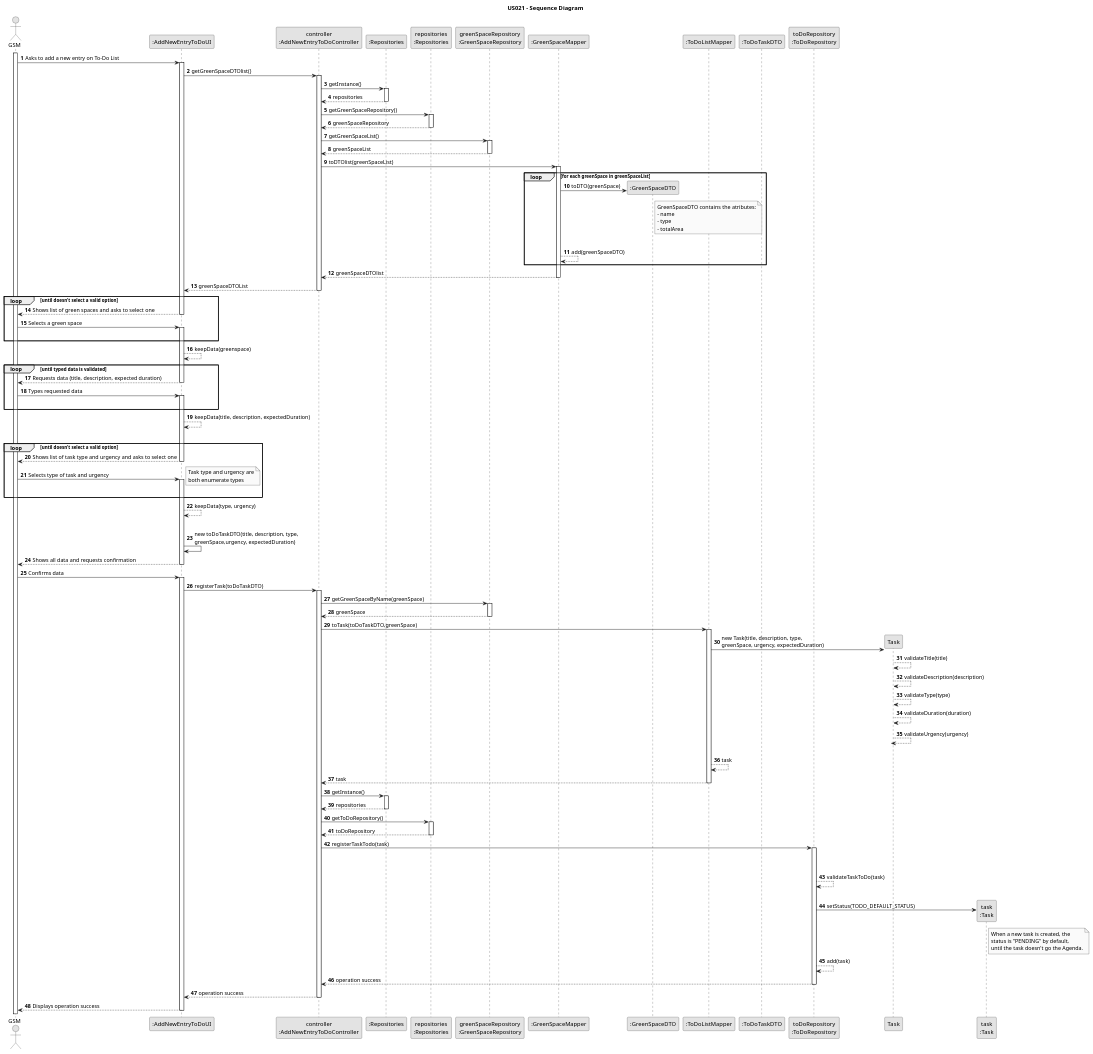
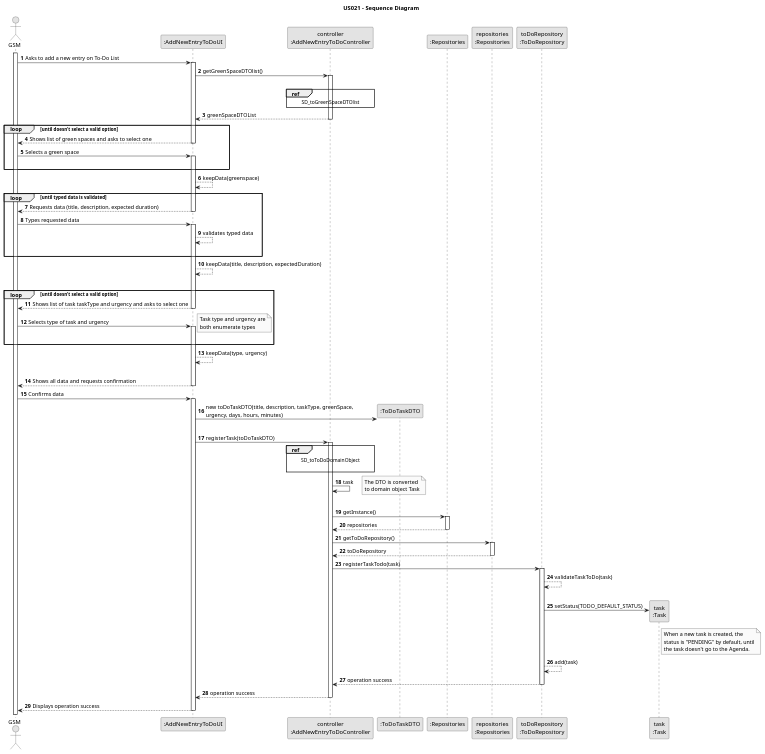
Before and after one commit to Rui-San/LAPR2_2023_2024: the diagram in docs/sprintC/us021/03.design/puml/us021-sequence-diagram.puml, drawn with PlantUML. The commit also changed 5 other files, not shown here.

Commit message:
US21: Updated SD with new interactions needed. Created 2 Additional SDs to represent the DTO -> Object and Object -> DTO interactions

```diff
--- a/docs/sprintC/us021/03.design/puml/us021-sequence-diagram.puml
+++ b/docs/sprintC/us021/03.design/puml/us021-sequence-diagram.puml
@@ -10,15 +10,10 @@
 actor "GSM" as GSM
 participant ":AddNewEntryToDoUI" as UI
 participant "controller\n:AddNewEntryToDoController" as CTRL
+participant ":ToDoTaskDTO" as ToDoTaskDTO
 participant ":Repositories" as REPO
 participant "repositories\n:Repositories" as REPOInstance
-participant "greenSpaceRepository\n:GreenSpaceRepository" as GreenSpaceREPO
-participant ":GreenSpaceMapper" as GreenSpaceMapper
-participant ":GreenSpaceDTO" as GreenSpaceDTO
-participant ":ToDoListMapper" as ToDoListMapper
-participant ":ToDoTaskDTO" as ToDoTaskDTO
 participant "toDoRepository\n:ToDoRepository" as Todo
-participant "Task" as Task
 participant "task\n:Task" as TaskSet
 
 
@@ -30,55 +25,10 @@
 
     UI -> CTRL : getGreenSpaceDTOlist()
     activate CTRL
-
-        CTRL -> REPO : getInstance()
-        activate REPO
-
-            REPO --> CTRL : repositories
-        deactivate REPO
-        CTRL -> REPOInstance: getGreenSpaceRepository()
-
-        activate REPOInstance
-
-            REPOInstance --> CTRL : greenSpaceRepository
-        deactivate REPOInstance
-
-        CTRL -> GreenSpaceREPO : getGreenSpaceList()
-        activate GreenSpaceREPO
-
-        GreenSpaceREPO --> CTRL : greenSpaceList
-
-        deactivate GreenSpaceREPO
-
-        CTRL -> GreenSpaceMapper : toDTOlist(greenSpaceList)
-
-        activate GreenSpaceMapper
-loop for each greenSpace in greenSpaceList
-            GreenSpaceMapper -> GreenSpaceDTO** : toDTO(greenSpace)
-
-            note right of GreenSpaceDTO
-                                GreenSpaceDTO contains the atributes:
-                                - name
-                                - type
-                                - totalArea
-                            end note
-                            |||
-            GreenSpaceMapper --> GreenSpaceMapper : add(greenSpaceDTO)
-
-end loop
-            GreenSpaceMapper --> CTRL : greenSpaceDTOlist
-
-
-
-        deactivate GreenSpaceMapper
-
-
-
-
-
-
-
-
+|||
+        ref over CTRL
+        SD_toGreenSpaceDTOlist
+        end ref
 
 CTRL --> UI : greenSpaceDTOList
     deactivate CTRL
@@ -105,6 +55,8 @@
     GSM -> UI : Types requested data
 
     activate UI
+
+    UI --> UI : validates typed data
     |||
 
     end
@@ -113,7 +65,7 @@
         |||
 
     loop until doesn't select a valid option
-                        UI --> GSM : Shows list of task type and urgency and asks to select one
+                        UI --> GSM : Shows list of task taskType and urgency and asks to select one
                     deactivate UI
 
                     GSM -> UI : Selects type of task and urgency
@@ -129,7 +81,7 @@
 
 
         |||
-        UI -> UI : new toDoTaskDTO(title, description, type,\ngreenSpace,urgency, expectedDuration)
+
 
 
 
@@ -140,35 +92,22 @@
 
     activate UI
 
+    UI -> ToDoTaskDTO** : new toDoTaskDTO(title, description, taskType, greenSpace,\nurgency, days, hours, minutes)
+    |||
     UI -> CTRL : registerTask(toDoTaskDTO)
     activate CTRL
 
-        CTRL -> GreenSpaceREPO : getGreenSpaceByName(greenSpace)
-        activate GreenSpaceREPO
+            ref over CTRL
+            |||
+            SD_toToDoDomainObject
 
-            GreenSpaceREPO --> CTRL : greenSpace
-        deactivate GreenSpaceREPO
-
-        CTRL -> ToDoListMapper : toTask(toDoTaskDTO,greenSpace)
-
-            activate ToDoListMapper
-
-                ToDoListMapper -> Task ** : new Task(title, description, type,\ngreenSpace, urgency, expectedDuration)
-
-            Task --> Task : validateTitle(title)
-            Task --> Task : validateDescription(description)
-            Task --> Task : validateType(type)
-            Task --> Task : validateDuration(duration)
-            Task --> Task : validateUrgency(urgency)
-
-           |||
-           deactivate Task
-
-            ToDoListMapper --> ToDoListMapper : task
-
-            ToDoListMapper --> CTRL : task
-            deactivate ToDoListMapper
-
+            end ref
+            CTRL -> CTRL : task
+            note right
+            The DTO is converted
+            to domain object Task
+            end note
+            |||
             CTRL -> REPO : getInstance()
                     activate REPO
 
@@ -184,15 +123,14 @@
                     CTRL -> Todo : registerTaskTodo(task)
 
                     activate Todo
-                    |||
-                    |||
+
                     Todo --> Todo : validateTaskToDo(task)
                     |||
                     Todo -> TaskSet** : setStatus(TODO_DEFAULT_STATUS)
                     note right of TaskSet
                     When a new task is created, the
-                    status is "PENDING" by default,
-                    until the task doesn't go the Agenda.
+                    status is "PENDING" by default, until
+                    the task doesn't go to the Agenda.
                     end note
                     Todo --> Todo : add(task)
 
```
